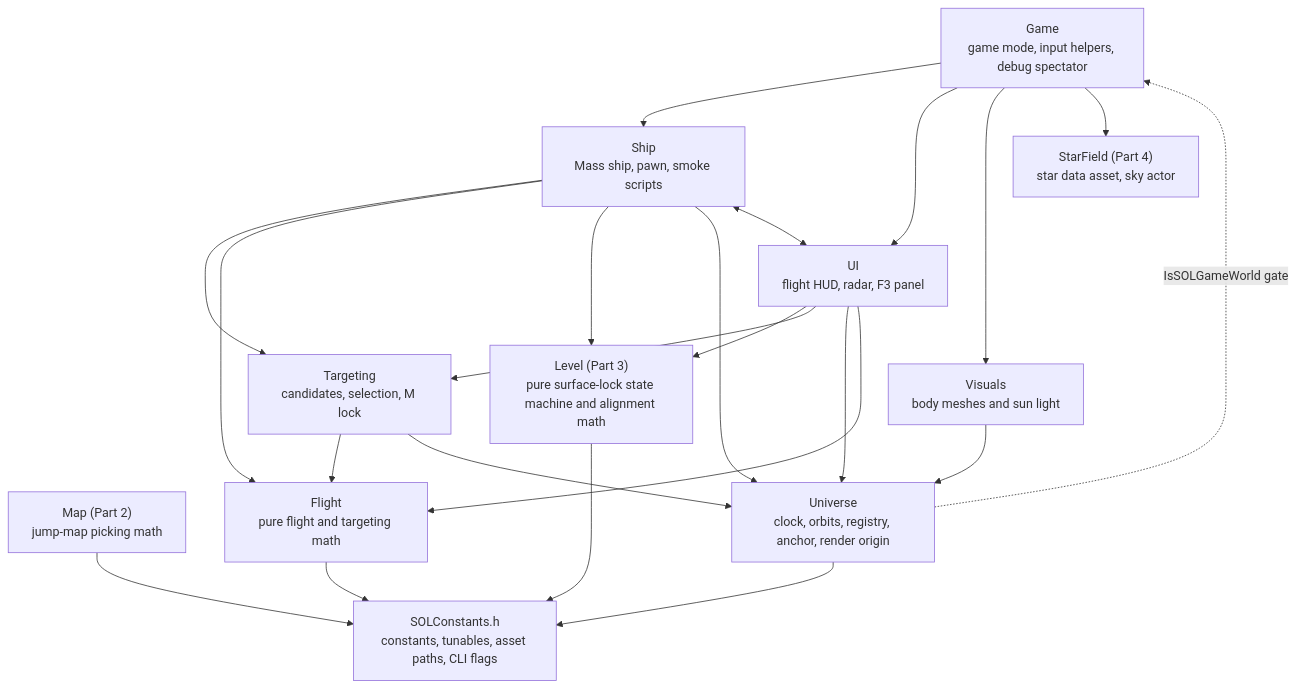
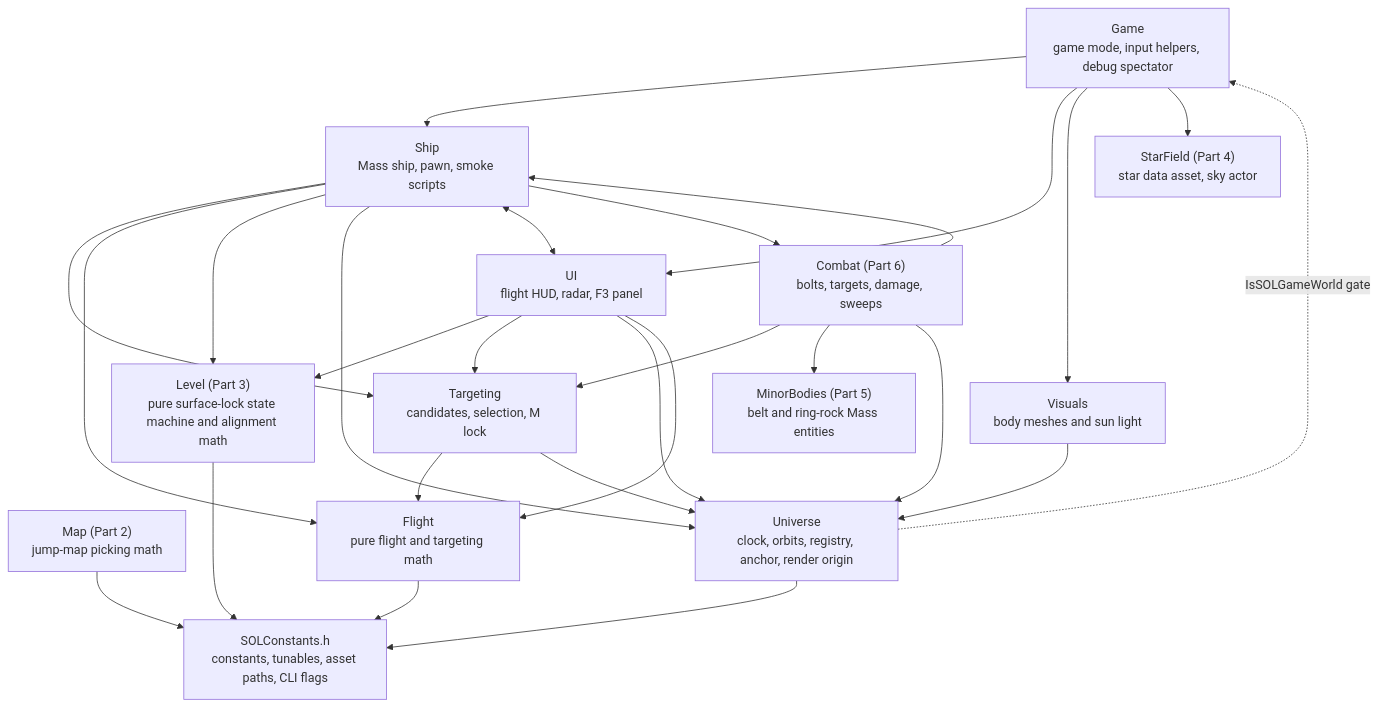
Before and after one commit to DieSlower/SOLTest: the first of 4 diagrams in Docs/ARCHITECTURE.md, drawn with Mermaid. The commit also changed other lines of this file and 30 other files, not shown here.

Commit message:
Issue #7: Part 6a/6b - combat maths, combat subsystem, fire and drop-target input

````diff
--- a/Docs/ARCHITECTURE.md
+++ b/Docs/ARCHITECTURE.md
@@ -27,36 +27,43 @@
 ```mermaid
 flowchart TD
     Game["Game<br/>game mode, input helpers, debug spectator"]
     Ship["Ship<br/>Mass ship, pawn, smoke scripts"]
     UI["UI<br/>flight HUD, radar, F3 panel"]
     Targeting["Targeting<br/>candidates, selection, M lock"]
     Visuals["Visuals<br/>body meshes and sun light"]
     StarField["StarField (Part 4)<br/>star data asset, sky actor"]
     Map["Map (Part 2)<br/>jump-map picking math"]
+    Combat["Combat (Part 6)<br/>bolts, targets, damage, sweeps"]
+    MinorBodies["MinorBodies (Part 5)<br/>belt and ring-rock Mass entities"]
     Level["Level (Part 3)<br/>pure surface-lock state machine and alignment math"]
     Flight["Flight<br/>pure flight and targeting math"]
     Universe["Universe<br/>clock, orbits, registry, anchor, render origin"]
     Const["SOLConstants.h<br/>constants, tunables, asset paths, CLI flags"]
 
     Game --> Ship
     Game --> UI
     Game --> Visuals
     Game --> StarField
     Ship --> Targeting
     Ship --> Flight
     Ship --> Level
     UI --> Level
     Ship --> Universe
     Ship <--> UI
     UI --> Targeting
     UI --> Universe
     UI --> Flight
     Targeting --> Flight
     Targeting --> Universe
     Visuals --> Universe
+    Ship --> Combat
+    Combat --> Ship
+    Combat --> Targeting
+    Combat --> MinorBodies
+    Combat --> Universe
     Universe -. "IsSOLGameWorld gate" .-> Game
     Flight --> Const
     Universe --> Const
     Map --> Const
     Level --> Const
 ```
````
